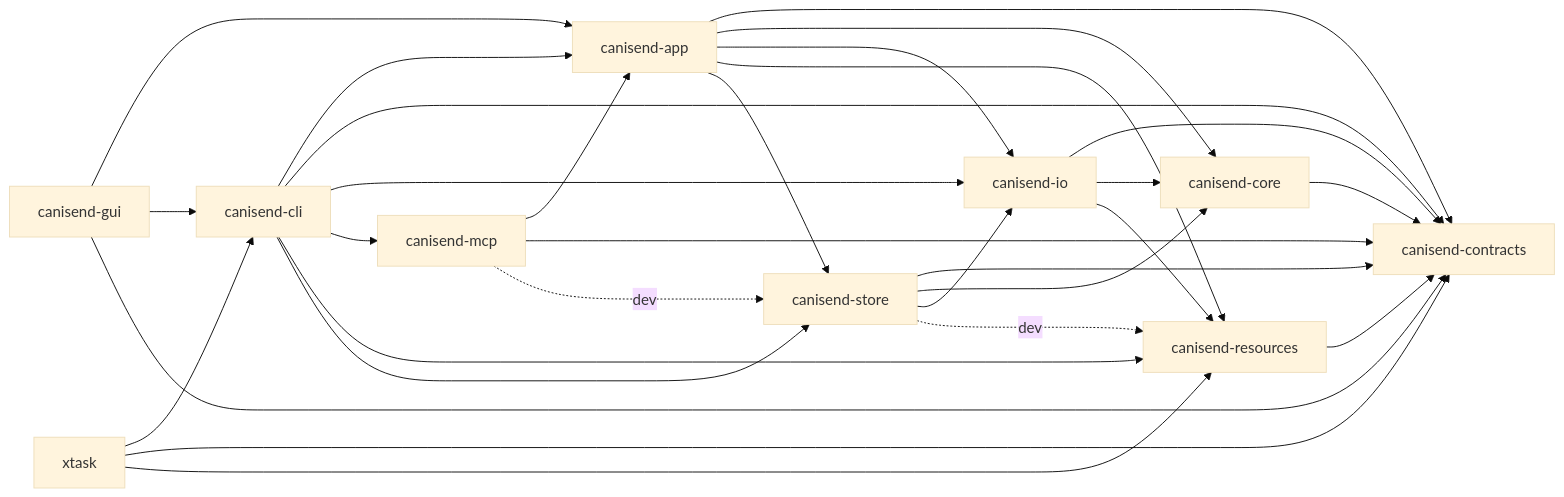
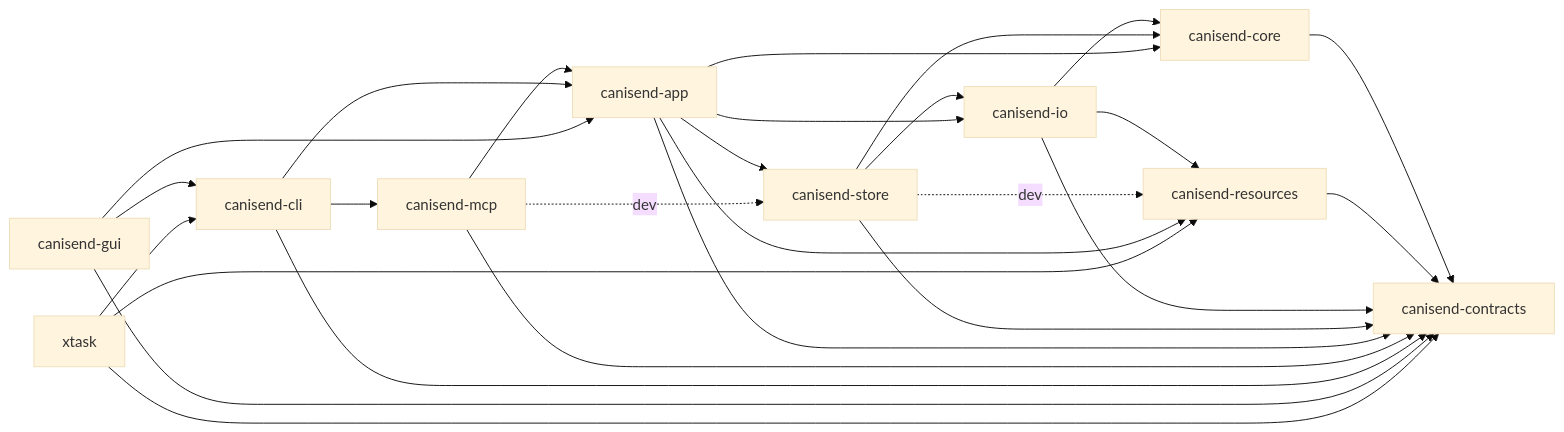
Before and after one commit to jxpeng98/CanISend: the first of 2 diagrams in docs/architecture/rust-native/decisions/0019-current-product-graph.md, drawn with Mermaid (base theme). The commit also changed other lines of this file and 15 other files, not shown here.

````diff
--- a/docs/architecture/rust-native/decisions/0019-current-product-graph.md
+++ b/docs/architecture/rust-native/decisions/0019-current-product-graph.md
@@ -52,43 +52,40 @@
 ```mermaid
 flowchart LR
     contracts["canisend-contracts"]
     core["canisend-core"]
     resources["canisend-resources"]
     io["canisend-io"]
     store["canisend-store"]
     app["canisend-app"]
     mcp["canisend-mcp"]
     cli["canisend-cli"]
     gui["canisend-gui"]
     xtask["xtask"]
 
     core --> contracts
     resources --> contracts
     io --> contracts
     io --> core
     io --> resources
     store --> contracts
     store --> core
     store --> io
     store -. dev .-> resources
     app --> contracts
     app --> core
     app --> io
     app --> resources
     app --> store
     mcp --> app
     mcp --> contracts
     mcp -. dev .-> store
     cli --> app
     cli --> contracts
-    cli --> io
     cli --> mcp
-    cli --> resources
-    cli --> store
     gui --> app
     gui --> cli
     gui --> contracts
     xtask --> cli
     xtask --> contracts
     xtask --> resources
 ```
````
